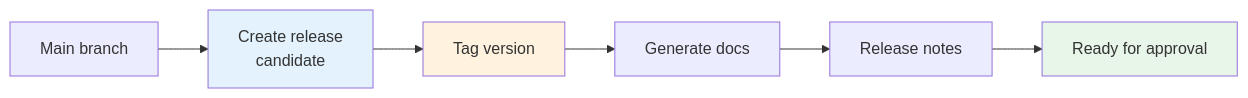
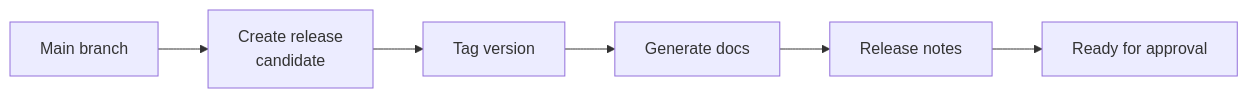
One commit to ready-to-release/eac changed the second of 6 diagrams in docs/explanation/continuous-delivery/cd-model/cd-model-stages-7-12.md. Above: the diagram before and after it, drawn with Mermaid. The commit also changed other lines of this file and 28 other files, not shown here.

````diff
--- a/docs/explanation/continuous-delivery/cd-model/cd-model-stages-7-12.md
+++ b/docs/explanation/continuous-delivery/cd-model/cd-model-stages-7-12.md
@@ -99,13 +96,10 @@
 ```mermaid
 flowchart LR
     Main[Main branch] --> RC[Create release<br/>candidate]
     RC --> Tag[Tag version]
     Tag --> Docs[Generate docs]
     Docs --> Notes[Release notes]
 
     Notes --> Ready[Ready for approval]
 
-    style RC fill:#e3f2fd
-    style Tag fill:#fff3e0
-    style Ready fill:#e8f5e9
 ```
````
